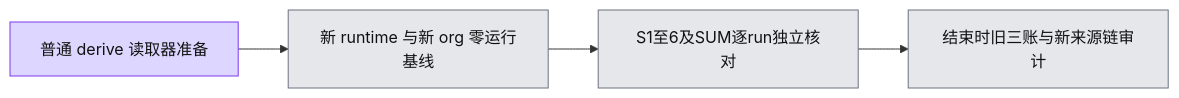
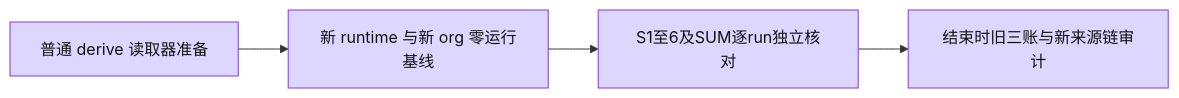
Before and after one commit to boardx/workspacex: the diagram in docs/evidence/aidt-native/completion-20261116/a2/fresh-completion-audit-20261116/README.md, drawn with Mermaid. The commit also changed other lines of this file and 220 other files, not shown here.

````diff
--- a/docs/evidence/aidt-native/completion-20261116/a2/fresh-completion-audit-20261116/README.md
+++ b/docs/evidence/aidt-native/completion-20261116/a2/fresh-completion-audit-20261116/README.md
@@ -5,10 +5,11 @@
 ```mermaid
 flowchart LR
   A[普通 derive 读取器准备] --> B[新 runtime 与新 org 零运行基线]
   B --> C[S1至6及SUM逐run独立核对]
   C --> D[结束时旧三账与新来源链审计]
   classDef tested fill:#ddd6fe,stroke:#7c3aed,color:#111;
   classDef waiting fill:#e5e7eb,stroke:#6b7280,color:#111;
-  class A tested;
-  class B,C,D waiting;
+  classDef active fill:#fef08a,stroke:#ca8a04,color:#111;
+  class A,B tested;
+  class C,D tested;
 ```
````
